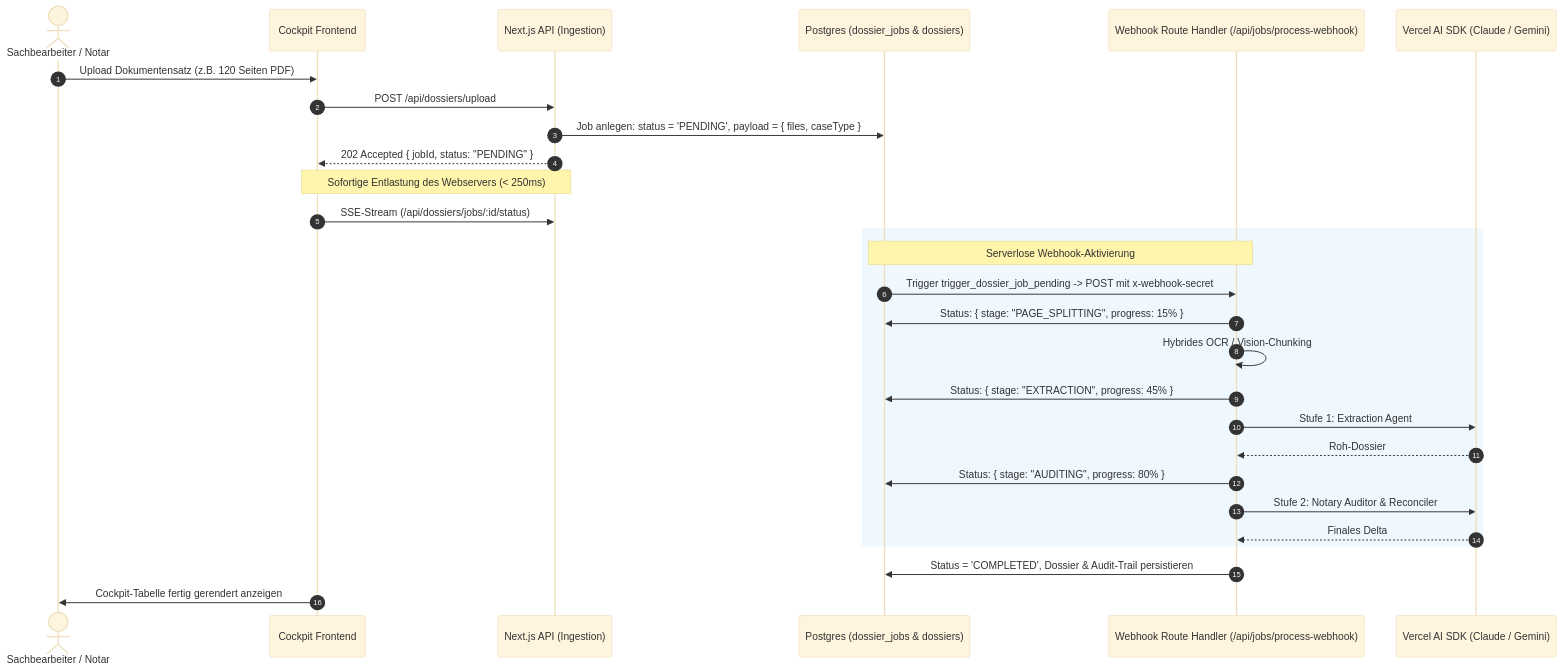
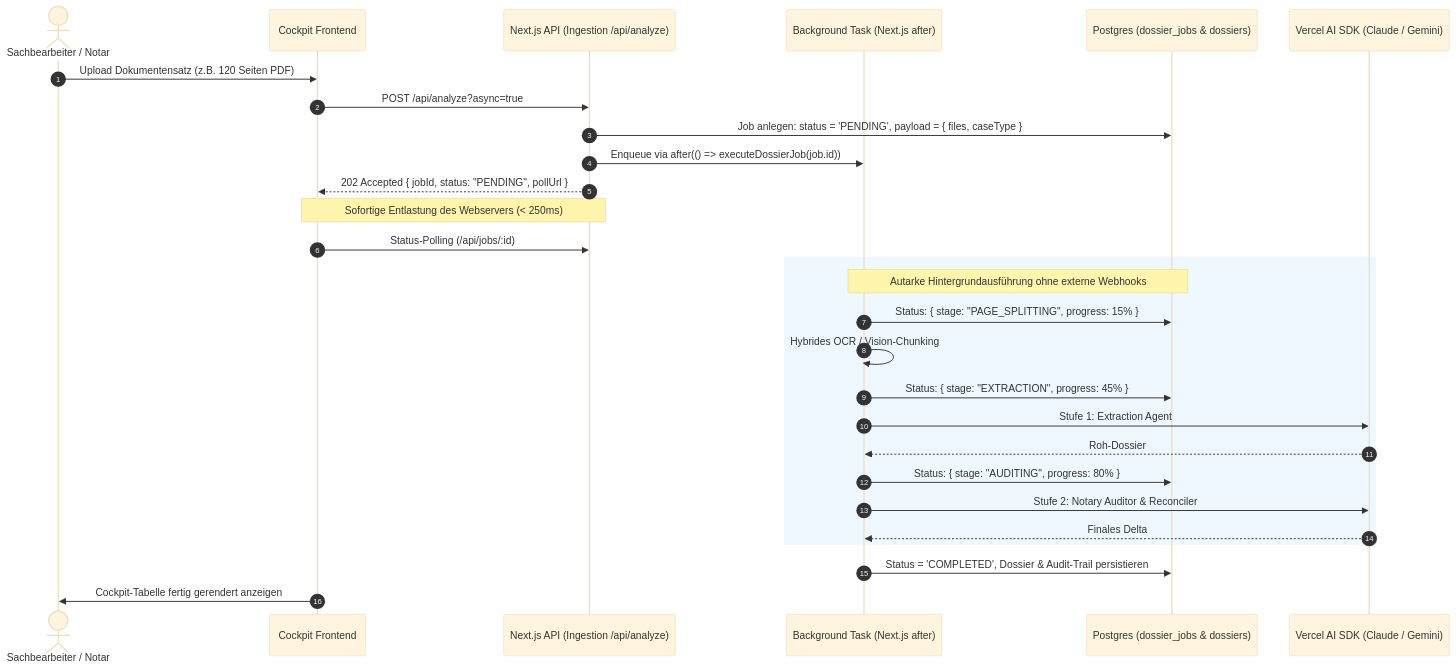
Before and after one commit to oguzbits/notar-agent: the second of 2 diagrams in docs/architecture/job-orchestration.md, drawn with Mermaid (base theme). The commit also changed other lines of this file and 7 other files, not shown here.

Commit message:
refactor: remove deprecated process-webhook route, webhook types, and secret configuration

````diff
--- a/docs/architecture/job-orchestration.md
+++ b/docs/architecture/job-orchestration.md
@@ -32,34 +32,34 @@
 ```mermaid
 sequenceDiagram
     autonumber
     actor Notar as Sachbearbeiter / Notar
     participant UI as Cockpit Frontend
-    participant API as Next.js API (Ingestion)
+    participant API as Next.js API (Ingestion /api/analyze)
+    participant Worker as Background Task (Next.js after)
     participant DB as Postgres (dossier_jobs & dossiers)
-    participant Worker as Webhook Route Handler (/api/jobs/process-webhook)
     participant LLM as Vercel AI SDK (Claude / Gemini)
 
     Notar->>UI: Upload Dokumentensatz (z.B. 120 Seiten PDF)
-    UI->>API: POST /api/dossiers/upload
+    UI->>API: POST /api/analyze?async=true
     API->>DB: Job anlegen: status = 'PENDING', payload = { files, caseType }
-    API-->>UI: 202 Accepted { jobId, status: "PENDING" }
+    API->>Worker: Enqueue via after(() => executeDossierJob(job.id))
+    API-->>UI: 202 Accepted { jobId, status: "PENDING", pollUrl }
 
     Note over UI,API: Sofortige Entlastung des Webservers (< 250ms)
-    UI->>API: SSE-Stream (/api/dossiers/jobs/:id/status)
+    UI->>API: Status-Polling (/api/jobs/:id)
 
     rect rgb(240, 248, 255)
-    Note over DB,Worker: Serverlose Webhook-Aktivierung
-    DB->>Worker: Trigger trigger_dossier_job_pending -> POST mit x-webhook-secret
+    Note over Worker,DB: Autarke Hintergrundausführung ohne externe Webhooks
     Worker->>DB: Status: { stage: "PAGE_SPLITTING", progress: 15% }
     Worker->>Worker: Hybrides OCR / Vision-Chunking
     Worker->>DB: Status: { stage: "EXTRACTION", progress: 45% }
     Worker->>LLM: Stufe 1: Extraction Agent
     LLM-->>Worker: Roh-Dossier
     Worker->>DB: Status: { stage: "AUDITING", progress: 80% }
     Worker->>LLM: Stufe 2: Notary Auditor & Reconciler
     LLM-->>Worker: Finales Delta
     end
 
     Worker->>DB: Status = 'COMPLETED', Dossier & Audit-Trail persistieren
     UI->>Notar: Cockpit-Tabelle fertig gerendert anzeigen
 ```
````
